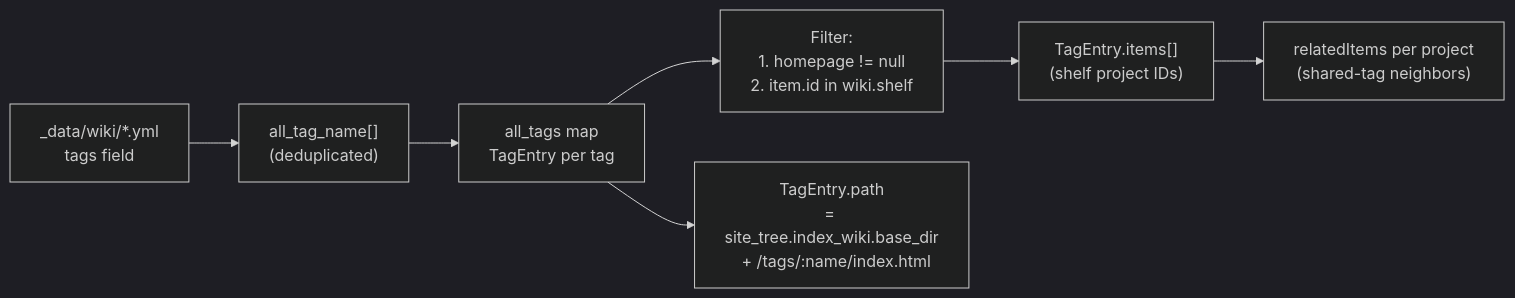
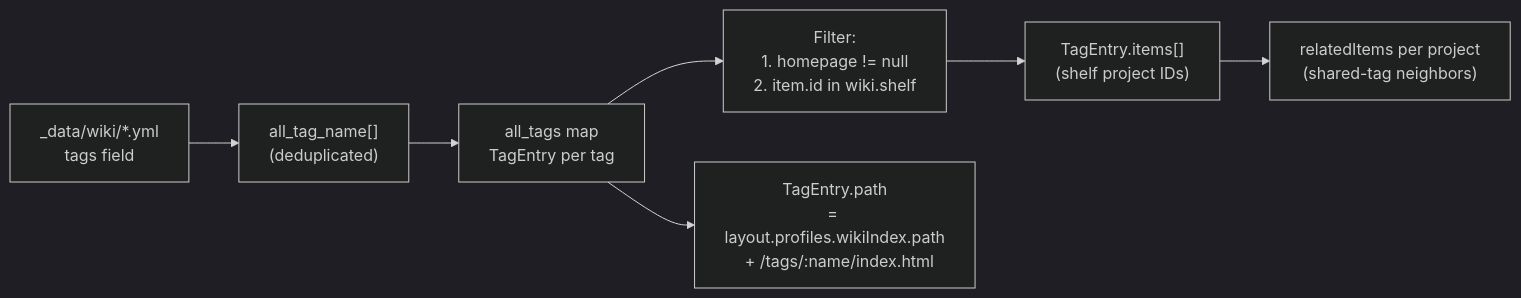
The fifth of 6 diagrams in docs/knowledge/03-内容系统/wiki-docs.md (xaoxuu/hexo-theme-stellar), drawn with Mermaid (dark theme) before and after one commit. The commit also changed other lines of this file and 60 other files, not shown here.

````diff
--- a/docs/knowledge/03-内容系统/wiki-docs.md
+++ b/docs/knowledge/03-内容系统/wiki-docs.md
@@ -379,9 +379,9 @@
 ```mermaid
 graph LR
     A["_data/wiki/*.yml\ntags field"] --> B["all_tag_name[]\n(deduplicated)"]
     B --> C["all_tags map\nTagEntry per tag"]
     C --> D["Filter:\n1. homepage != null\n2. item.id in wiki.shelf"]
     D --> E["TagEntry.items[]\n(shelf project IDs)"]
     E --> F["relatedItems per project\n(shared-tag neighbors)"]
-    C --> G["TagEntry.path\n= site_tree.index_wiki.base_dir\n  + /tags/:name/index.html"]
+    C --> G["TagEntry.path\n= layout.profiles.wikiIndex.path\n  + /tags/:name/index.html"]
 ```
````
